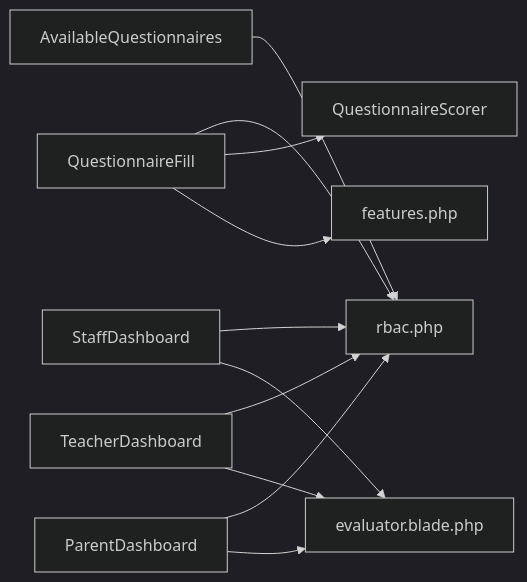
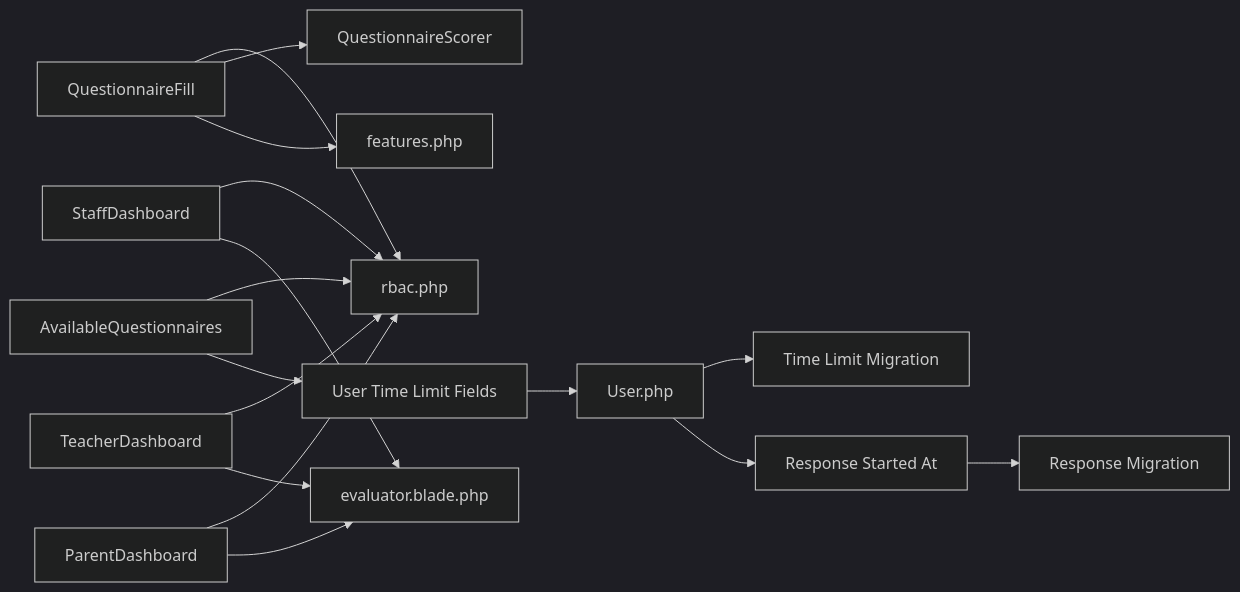
Before and after one commit to rudicatsmile/assesment360: the eighth of 8 diagrams in .qoder/repowiki/en/content/Livewire Components/Questionnaire Filling Components.md, drawn with Mermaid (dark theme). The commit also changed other lines of this file and 6 other files, not shown here.

````diff
--- a/.qoder/repowiki/en/content/Livewire Components/Questionnaire Filling Components.md
+++ b/.qoder/repowiki/en/content/Livewire Components/Questionnaire Filling Components.md
@@ -352,13 +423,18 @@
 ```mermaid
 graph LR
 AQ["AvailableQuestionnaires"] --> RBAC["rbac.php"]
 QF["QuestionnaireFill"] --> RBAC
 SD["StaffDashboard"] --> RBAC
 TD["TeacherDashboard"] --> RBAC
 PD["ParentDashboard"] --> RBAC
 QF --> SC["QuestionnaireScorer"]
 QF --> FEAT["features.php"]
 SD --> LAYOUT["evaluator.blade.php"]
 TD --> LAYOUT
 PD --> LAYOUT
+AQ --> TIME["User Time Limit Fields"]
+TIME --> USERMODEL["User.php"]
+USERMODEL --> TIMEMIG["Time Limit Migration"]
+USERMODEL --> RESP["Response Started At"]
+RESP --> RESP_MIG["Response Migration"]
 ```
````
